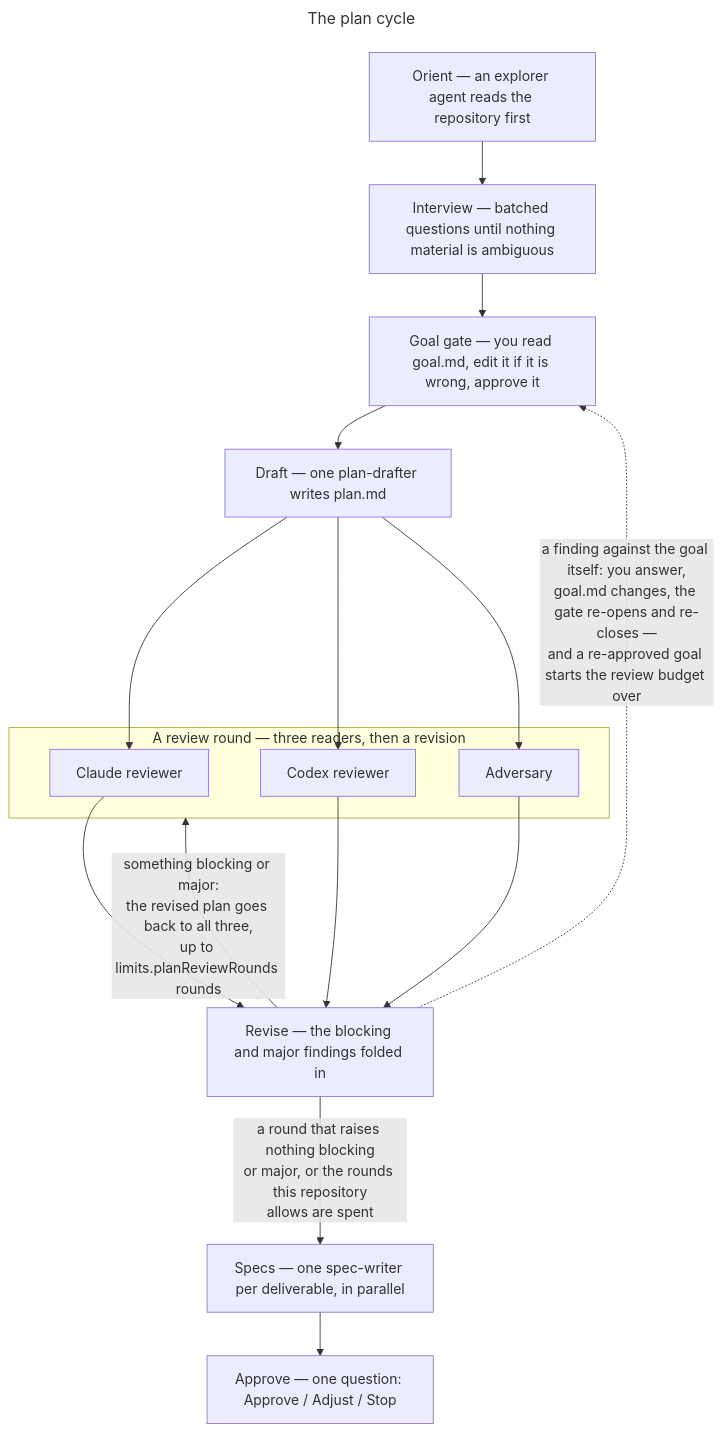
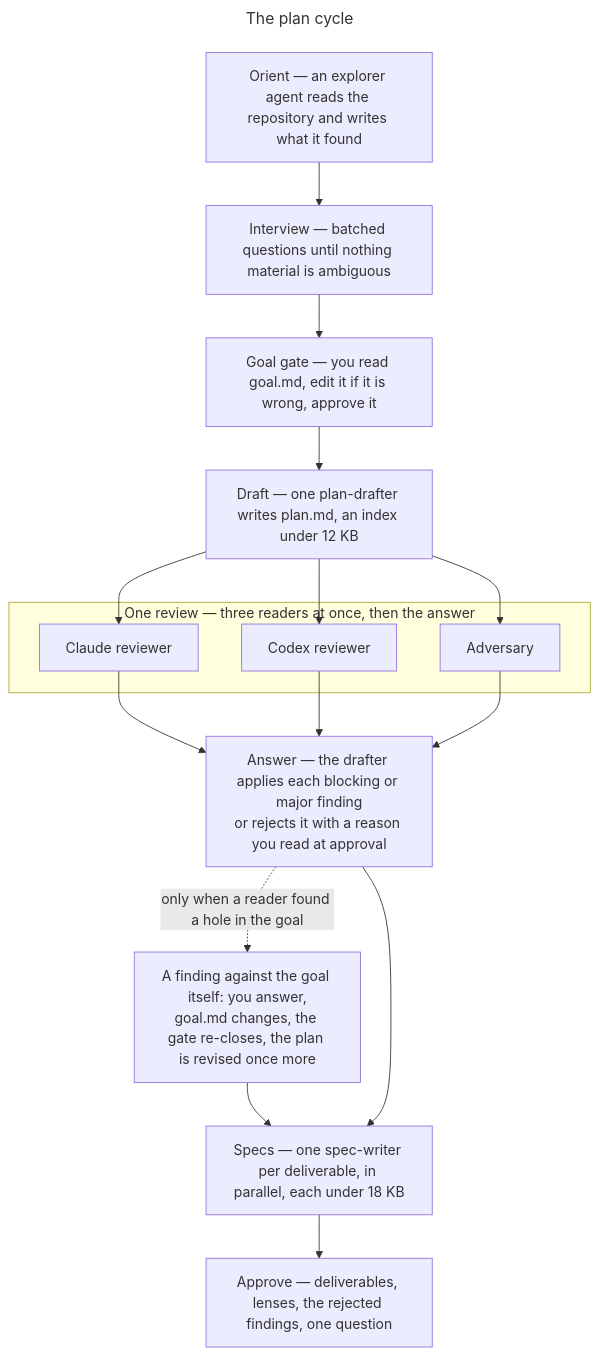
The second of 4 diagrams in README.md (Smiley73/tagteam), drawn with Mermaid before and after one commit. The commit also changed other lines of this file and 59 other files, not shown here.

````diff
--- a/README.md
+++ b/README.md
@@ -69,35 +69,36 @@
 ```mermaid
 ---
 title: The plan cycle
 ---
 flowchart TD
-    orient["Orient — an explorer agent reads the repository first"]
+    orient["Orient — an explorer agent reads the repository and writes what it found"]
     interview["Interview — batched questions until nothing material is ambiguous"]
     goal["Goal gate — you read goal.md, edit it if it is wrong, approve it"]
-    draft["Draft — one plan-drafter writes plan.md"]
+    draft["Draft — one plan-drafter writes plan.md, an index under 12 KB"]
     claude["Claude reviewer"]
     codex["Codex reviewer"]
     adversary["Adversary"]
-    revise["Revise — the blocking and major findings folded in"]
-    specs["Specs — one spec-writer per deliverable, in parallel"]
-    approve["Approve — one question: Approve / Adjust / Stop"]
+    answer["Answer — the drafter applies each blocking or major finding<br>or rejects it with a reason you read at approval"]
+    owner["A finding against the goal itself: you answer,<br>goal.md changes, the gate re-closes, the plan is revised once more"]
+    specs["Specs — one spec-writer per deliverable, in parallel, each under 18 KB"]
+    approve["Approve — deliverables, lenses, the rejected findings, one question"]
 
     orient --> interview
     interview --> goal
     goal --> draft
-    subgraph review["A review round — three readers, then a revision"]
+    subgraph review["One review — three readers at once, then the answer"]
         claude
         codex
         adversary
     end
     draft --> claude
     draft --> codex
     draft --> adversary
-    claude --> revise
-    codex --> revise
-    adversary --> revise
-    revise -->|"something blocking or major:<br>the revised plan goes back to all three,<br>up to limits.planReviewRounds rounds"| review
-    revise -. "a finding against the goal itself: you answer,<br>goal.md changes, the gate re-opens and re-closes —<br>and a re-approved goal starts the review budget over" .-> goal
-    revise -->|"a round that raises nothing blocking<br>or major, or the rounds this repository<br>allows are spent"| specs
+    claude --> answer
+    codex --> answer
+    adversary --> answer
+    answer -. "only when a reader found a hole in the goal" .-> owner
+    owner --> specs
+    answer --> specs
     specs --> approve
 ```
````
